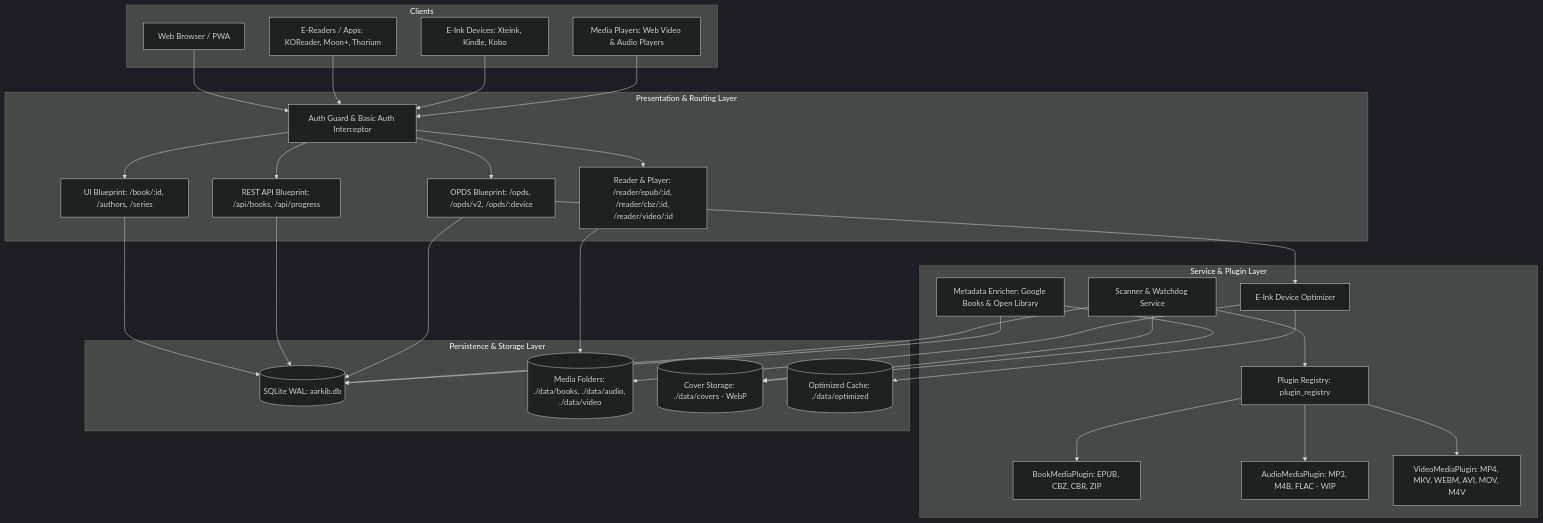
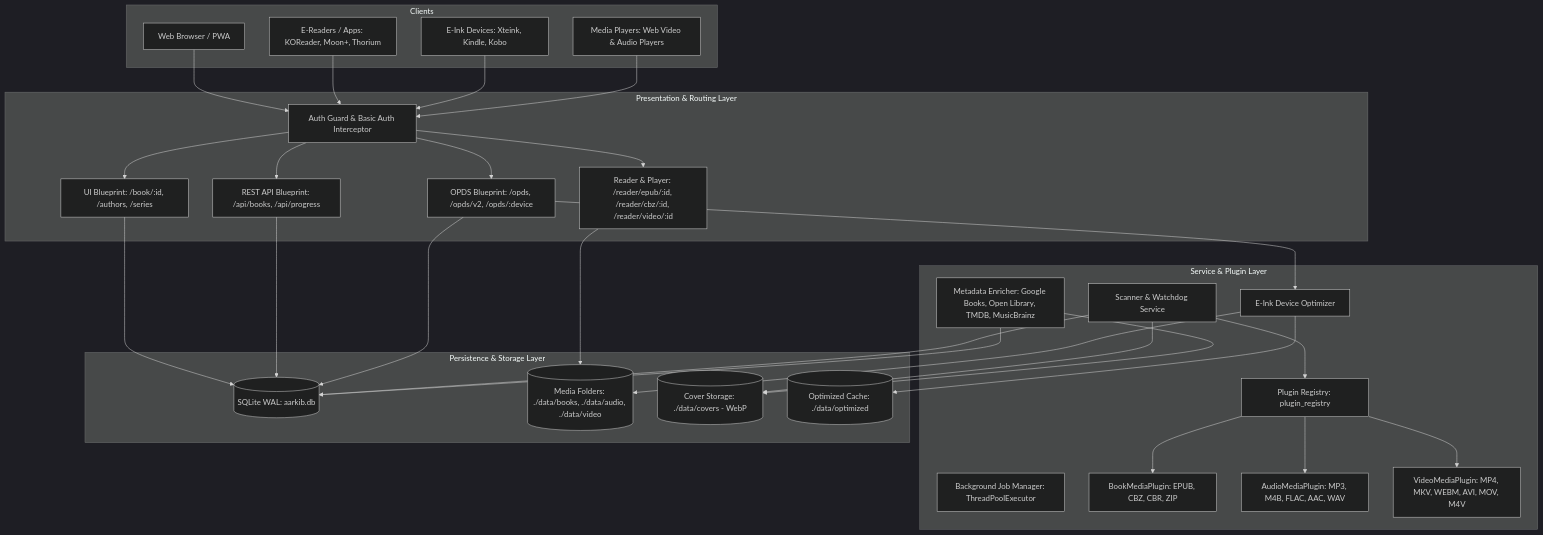
The first of 4 diagrams in design.md (syfq91/aarkib), drawn with Mermaid (dark theme) before and after one commit. The commit also changed other lines of this file and 3 other files, not shown here.

First line of the commit message:
docs: update execution plan and architecture from media server evaluation

````diff
--- a/design.md
+++ b/design.md
@@ -24,64 +24,65 @@
 ```mermaid
 graph TD
     subgraph Clients
         Web[Web Browser / PWA]
         EReader[E-Readers / Apps: KOReader, Moon+, Thorium]
         EInk[E-Ink Devices: Xteink, Kindle, Kobo]
         MediaPlayer[Media Players: Web Video & Audio Players]
     end
 
     subgraph Presentation & Routing Layer
         AuthFilter[Auth Guard & Basic Auth Interceptor]
         UIRoutes[UI Blueprint: /book/:id, /authors, /series]
         APIRoutes[REST API Blueprint: /api/books, /api/progress]
         OPDSRoutes[OPDS Blueprint: /opds, /opds/v2, /opds/:device]
         ReaderRoutes[Reader & Player: /reader/epub/:id, /reader/cbz/:id, /reader/video/:id]
     end
 
     subgraph Service & Plugin Layer
+        JobManager[Background Job Manager: ThreadPoolExecutor]
         PluginRegistry[Plugin Registry: plugin_registry]
         BookPlugin[BookMediaPlugin: EPUB, CBZ, CBR, ZIP]
-        AudioPlugin[AudioMediaPlugin: MP3, M4B, FLAC - WIP]
+        AudioPlugin[AudioMediaPlugin: MP3, M4B, FLAC, AAC, WAV]
         VideoPlugin[VideoMediaPlugin: MP4, MKV, WEBM, AVI, MOV, M4V]
         Scanner[Scanner & Watchdog Service]
         Optimizer[E-Ink Device Optimizer]
-        Enricher[Metadata Enricher: Google Books & Open Library]
+        Enricher[Metadata Enricher: Google Books, Open Library, TMDB, MusicBrainz]
     end
 
     subgraph Persistence & Storage Layer
         DB[(SQLite WAL: aarkib.db)]
         BooksDir[(Media Folders: ./data/books, ./data/audio, ./data/video)]
         CoversDir[(Cover Storage: ./data/covers - WebP)]
         OptimizedDir[(Optimized Cache: ./data/optimized)]
     end
 
     Web --> AuthFilter
     EReader --> AuthFilter
     EInk --> AuthFilter
     MediaPlayer --> AuthFilter
 
     AuthFilter --> UIRoutes
     AuthFilter --> APIRoutes
     AuthFilter --> OPDSRoutes
     AuthFilter --> ReaderRoutes
 
     UIRoutes --> DB
     APIRoutes --> DB
     ReaderRoutes --> BooksDir
 
     OPDSRoutes --> DB
     OPDSRoutes --> Optimizer
 
     Scanner --> PluginRegistry
     PluginRegistry --> BookPlugin
     PluginRegistry --> AudioPlugin
     PluginRegistry --> VideoPlugin
     Scanner --> DB
     Scanner --> CoversDir
 
     Optimizer --> BooksDir
     Optimizer --> OptimizedDir
 
     Enricher --> DB
     Enricher --> CoversDir
 ```
````
